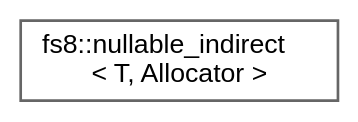
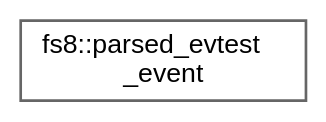
Before and after one commit to the-moisrex/foresight: the diagram in api/inherit_graph_77.dot, drawn with Graphviz. The commit also changed 320 other files, not shown here.

```diff
--- a/api/inherit_graph_77.dot
+++ b/api/inherit_graph_77.dot
@@ -1,9 +1,9 @@
 digraph "Graphical Class Hierarchy"
 {
  // LATEX_PDF_SIZE
   bgcolor="transparent";
   edge [fontname=Helvetica,fontsize=10,labelfontname=Helvetica,labelfontsize=10];
   node [fontname=Helvetica,fontsize=10,shape=box,height=0.2,width=0.4];
   rankdir="LR";
-  Node0 [id="Node000000",label="fs8::nullable_indirect\l\< T, Allocator \>",height=0.2,width=0.4,color="grey40", fillcolor="white", style="filled",URL="$structfs8_1_1nullable__indirect.html",tooltip=" "];
+  Node0 [id="Node000000",label="fs8::parsed_evtest\l_event",height=0.2,width=0.4,color="grey40", fillcolor="white", style="filled",URL="$structfs8_1_1parsed__evtest__event.html",tooltip="One parsed line of evtest-format output."];
 }
```
